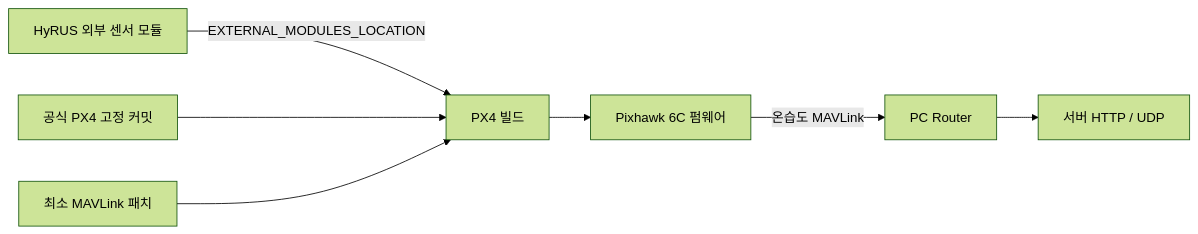
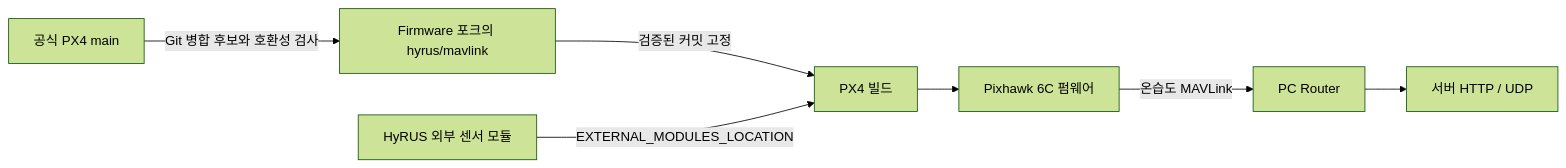
Before and after one commit to VIPSfef/HyRUS_EnvData_Px4: the diagram in README.md, drawn with Mermaid (forest theme). The commit also changed other lines of this file and 19 other files, not shown here.

Commit message:
Build external sensors against a dedicated MAVLink fork on current PX4 main

````diff
--- a/README.md
+++ b/README.md
@@ -7,9 +7,9 @@
 ```mermaid
 flowchart LR
-    H[HyRUS 외부 센서 모듈] -->|EXTERNAL_MODULES_LOCATION| B[PX4 빌드]
-    P[공식 PX4 고정 커밋] --> B
-    M[최소 MAVLink 패치] --> B
+    U[공식 PX4 main] -->|Git 병합 후보와 호환성 검사| P[Firmware 포크의 hyrus/mavlink]
+    P -->|검증된 커밋 고정| B[PX4 빌드]
+    H[HyRUS 외부 센서 모듈] -->|EXTERNAL_MODULES_LOCATION| B
     B --> F[Pixhawk 6C 펌웨어]
     F -->|온습도 MAVLink| R[PC Router]
     R --> S[서버 HTTP / UDP]
 ```
````
